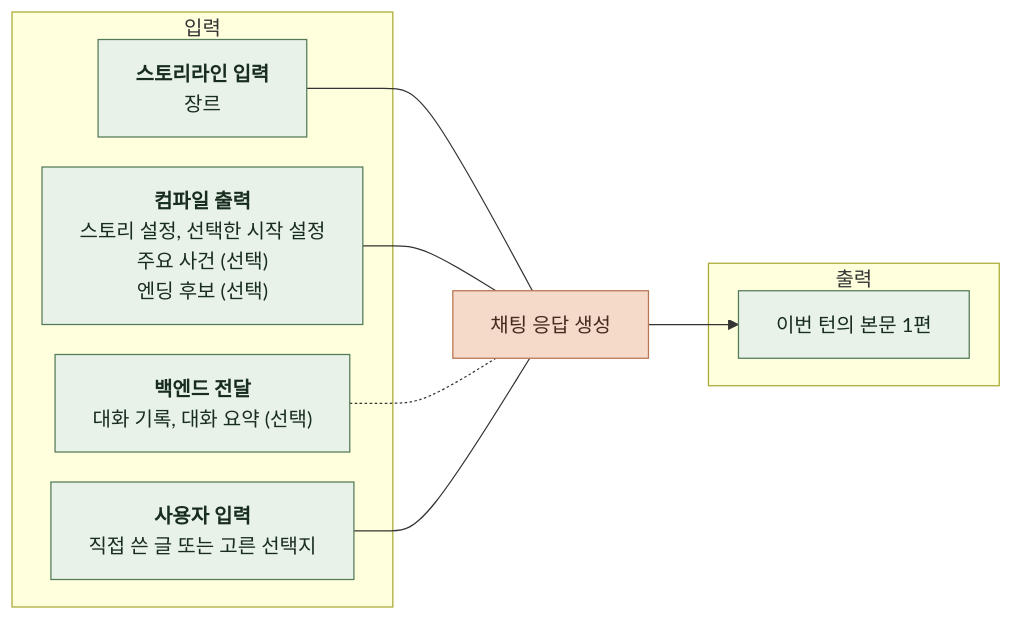
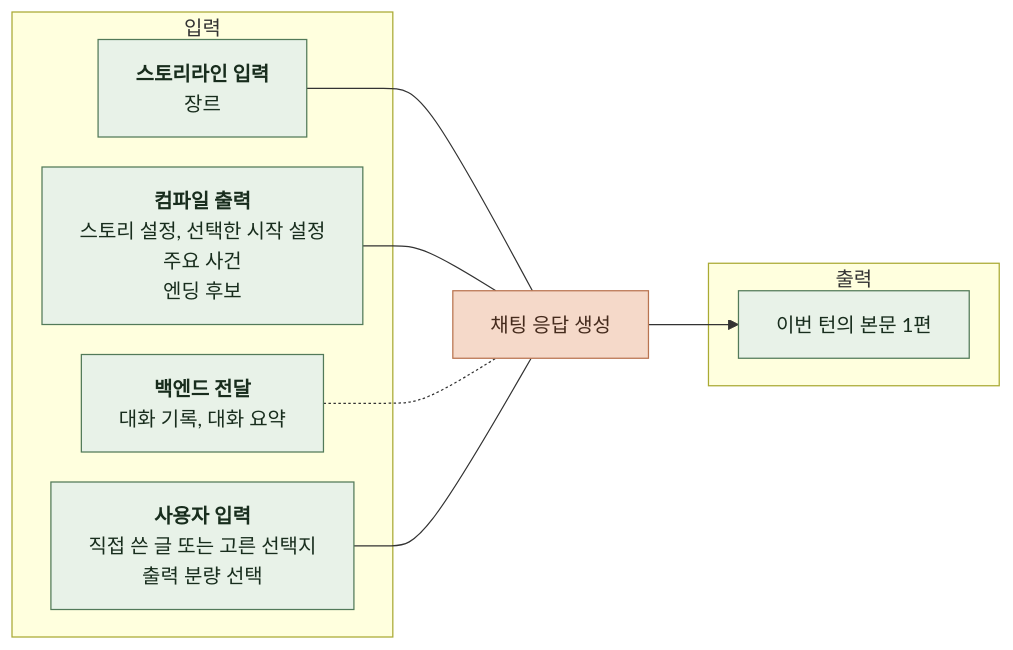
One commit to KIM-N-KANG/knk-harness changed the second of 5 diagrams in docs/domain/CHAT/AI/3-TASK-DEFINITION.md. Above: the diagram before and after it, drawn with Mermaid. The commit also changed other lines of this file and 7 other files, not shown here.

````diff
--- a/docs/domain/CHAT/AI/3-TASK-DEFINITION.md
+++ b/docs/domain/CHAT/AI/3-TASK-DEFINITION.md
@@ -34,23 +34,23 @@
 ```mermaid
 %%{init: {"flowchart": {"curve": "basis", "htmlLabels": true, "nodeSpacing": 24, "rankSpacing": 48}}}%%
 flowchart LR
     subgraph IN["입력"]
         I1["<b>스토리라인 입력</b><br/>장르"]
-        I2["<b>컴파일 출력</b><br/>스토리 설정, 선택한 시작 설정<br/>주요 사건 (선택)<br/>엔딩 후보 (선택)"]
-        I3["<b>백엔드 전달</b><br/>대화 기록, 대화 요약 (선택)"]
-        I4["<b>사용자 입력</b><br/>직접 쓴 글 또는 고른 선택지"]
+        I2["<b>컴파일 출력</b><br/>스토리 설정, 선택한 시작 설정<br/>주요 사건<br/>엔딩 후보"]
+        I3["<b>백엔드 전달</b><br/>대화 기록, 대화 요약"]
+        I4["<b>사용자 입력</b><br/>직접 쓴 글 또는 고른 선택지<br/>출력 분량 선택"]
     end
     T["채팅 응답 생성"]
     subgraph OUT["출력"]
         O1["이번 턴의 본문 1편"]
     end
     I1 --- T
     I2 --- T
     I3 -.- T
     I4 --- T
     T --> O1
     classDef data fill:#E8F2E8,stroke:#527A59,color:#182D1D
     classDef task fill:#F5D9C9,stroke:#B97450,color:#452B1D
     class I1,I2,I3,I4,O1 data
     class T task
 ```
````
